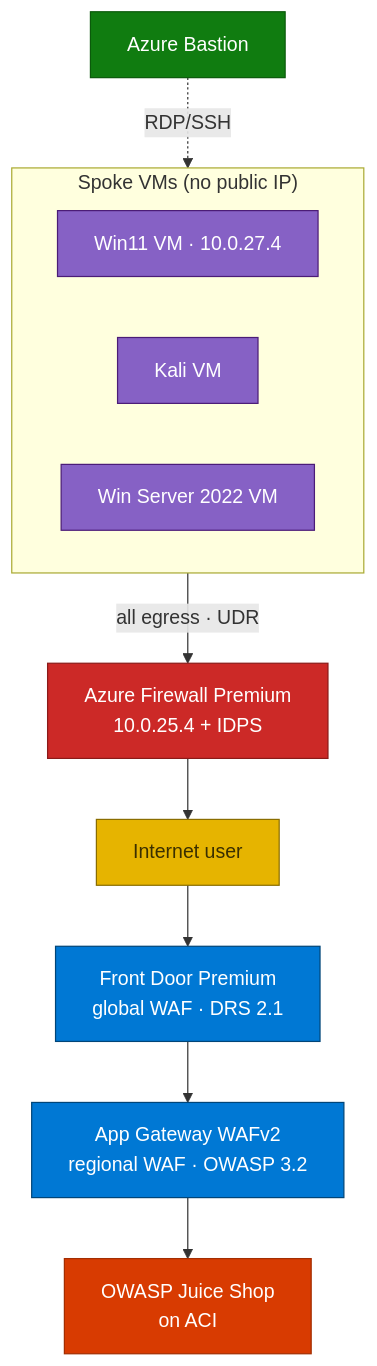
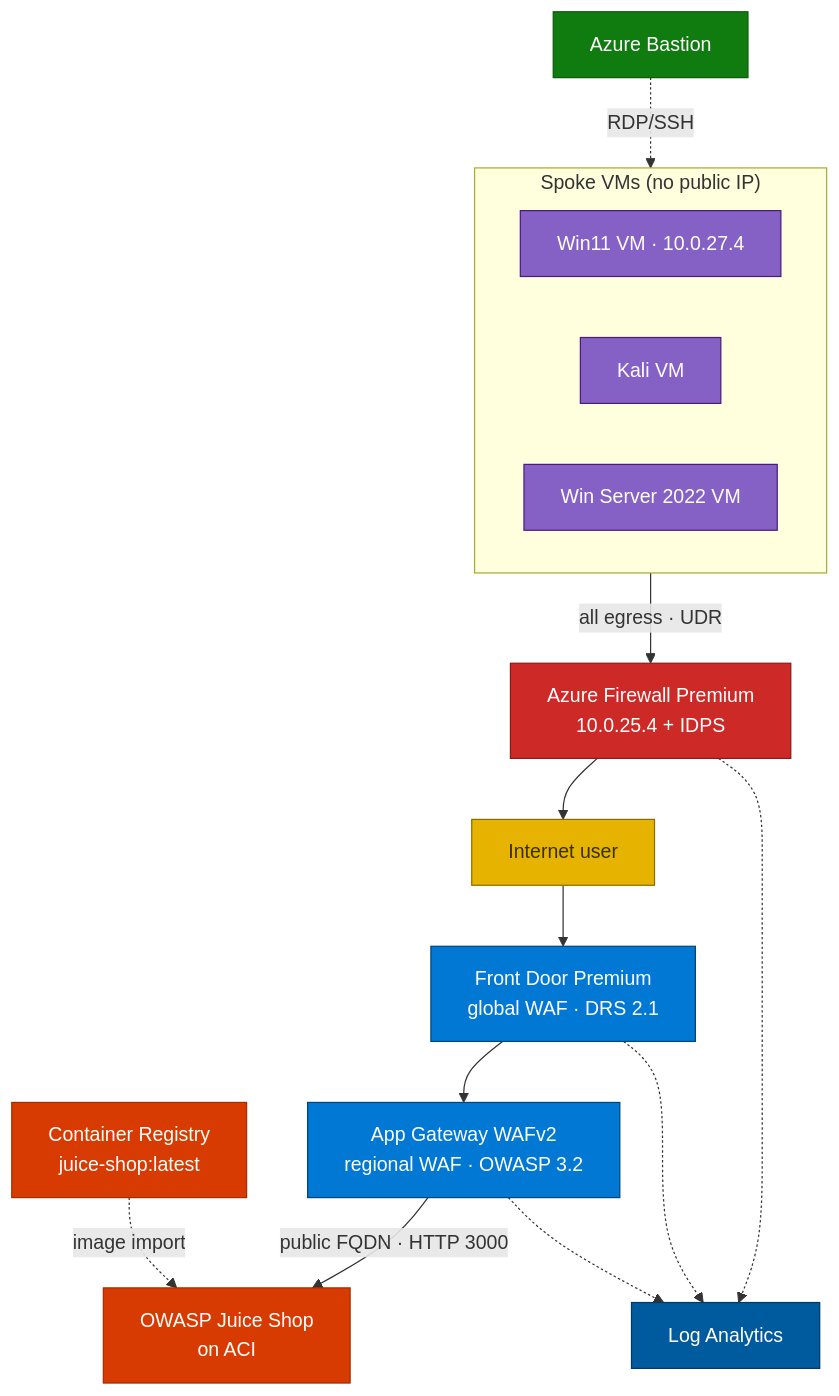
One commit to ibranibeny/se-labs changed the diagram in src/content/modules/network-security.md. Above: the diagram before and after it, drawn with Mermaid. The commit also changed other lines of this file and 2 other files, not shown here.

````diff
--- a/src/content/modules/network-security.md
+++ b/src/content/modules/network-security.md
@@ -37,28 +44,34 @@
 ```mermaid
 %% Colored per the mermaid-diagrams skill (classDef + subgraph style)
 flowchart TB
     NET[Internet user] --> FD[Front Door Premium<br/>global WAF · DRS 2.1]
     FD --> AG[App Gateway WAFv2<br/>regional WAF · OWASP 3.2]
-    AG --> APP[OWASP Juice Shop<br/>on ACI]
+    AG -->|public FQDN · HTTP 3000| APP[OWASP Juice Shop<br/>on ACI]
+    ACR[Container Registry<br/>juice-shop:latest] -.image import.-> APP
     subgraph Spokes["Spoke VMs (no public IP)"]
         W11[Win11 VM · 10.0.27.4]
         KALI[Kali VM]
         WS[Win Server 2022 VM]
     end
     B[Azure Bastion] -.RDP/SSH.-> Spokes
     Spokes -->|all egress · UDR| FW[Azure Firewall Premium<br/>10.0.25.4 + IDPS]
     FW --> NET
+    FW -.-> LAW[Log Analytics]
+    FD -.-> LAW
+    AG -.-> LAW
 
     classDef net fill:#E6B400,stroke:#8a6d00,color:#3a2f00;
     classDef waf fill:#0078D4,stroke:#004578,color:#ffffff;
     classDef app fill:#D83B01,stroke:#A32D01,color:#ffffff;
     classDef fw fill:#CC2927,stroke:#8B1A19,color:#ffffff;
     classDef access fill:#107C10,stroke:#0B5A0B,color:#ffffff;
     classDef vm fill:#8661C5,stroke:#4B1C77,color:#ffffff;
+    classDef obs fill:#005A9E,stroke:#003966,color:#ffffff;
     class NET net
     class FD,AG waf
-    class APP app
+    class APP,ACR app
     class FW fw
     class B access
     class W11,KALI,WS vm
+    class LAW obs
 ```
````
